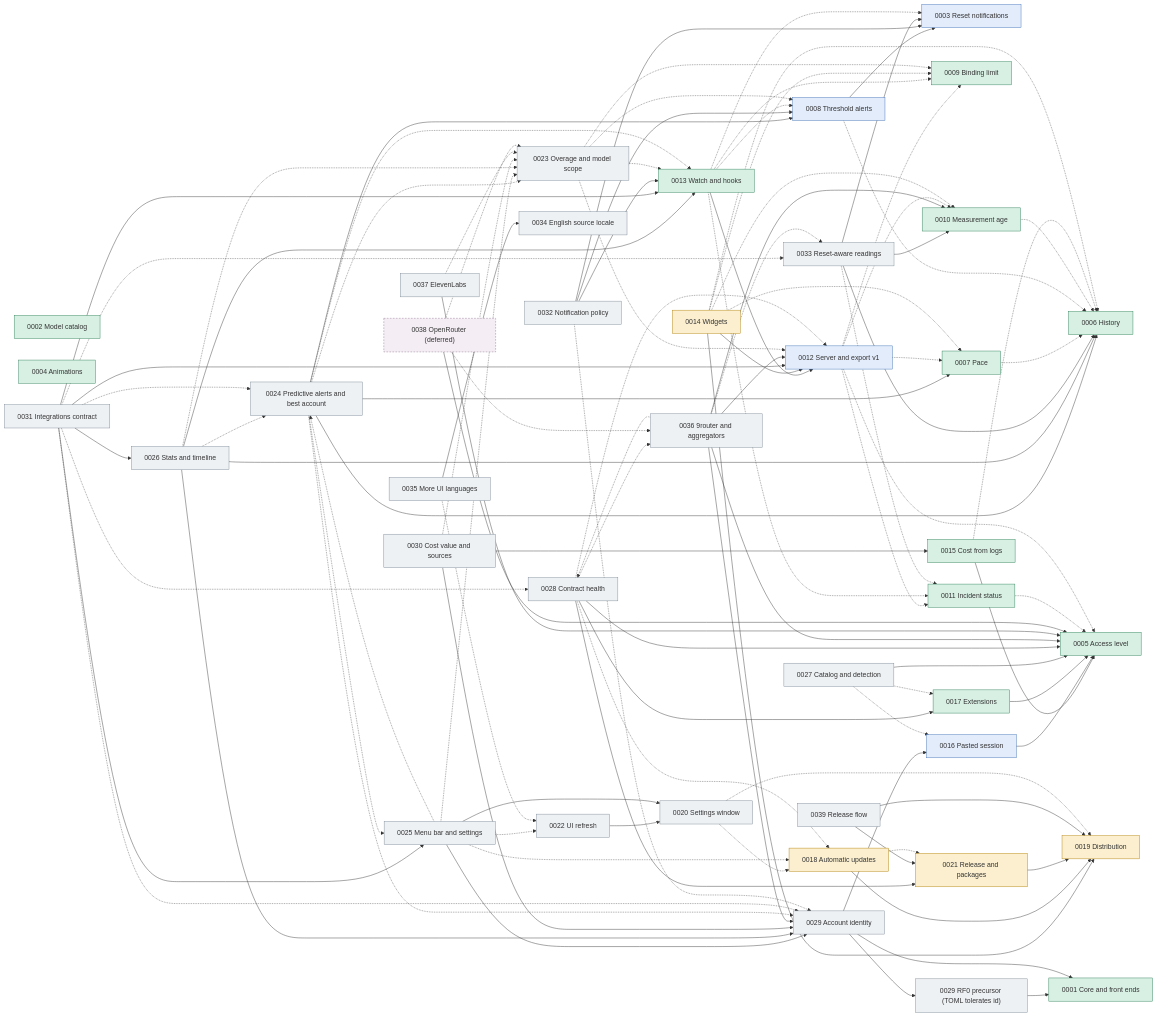
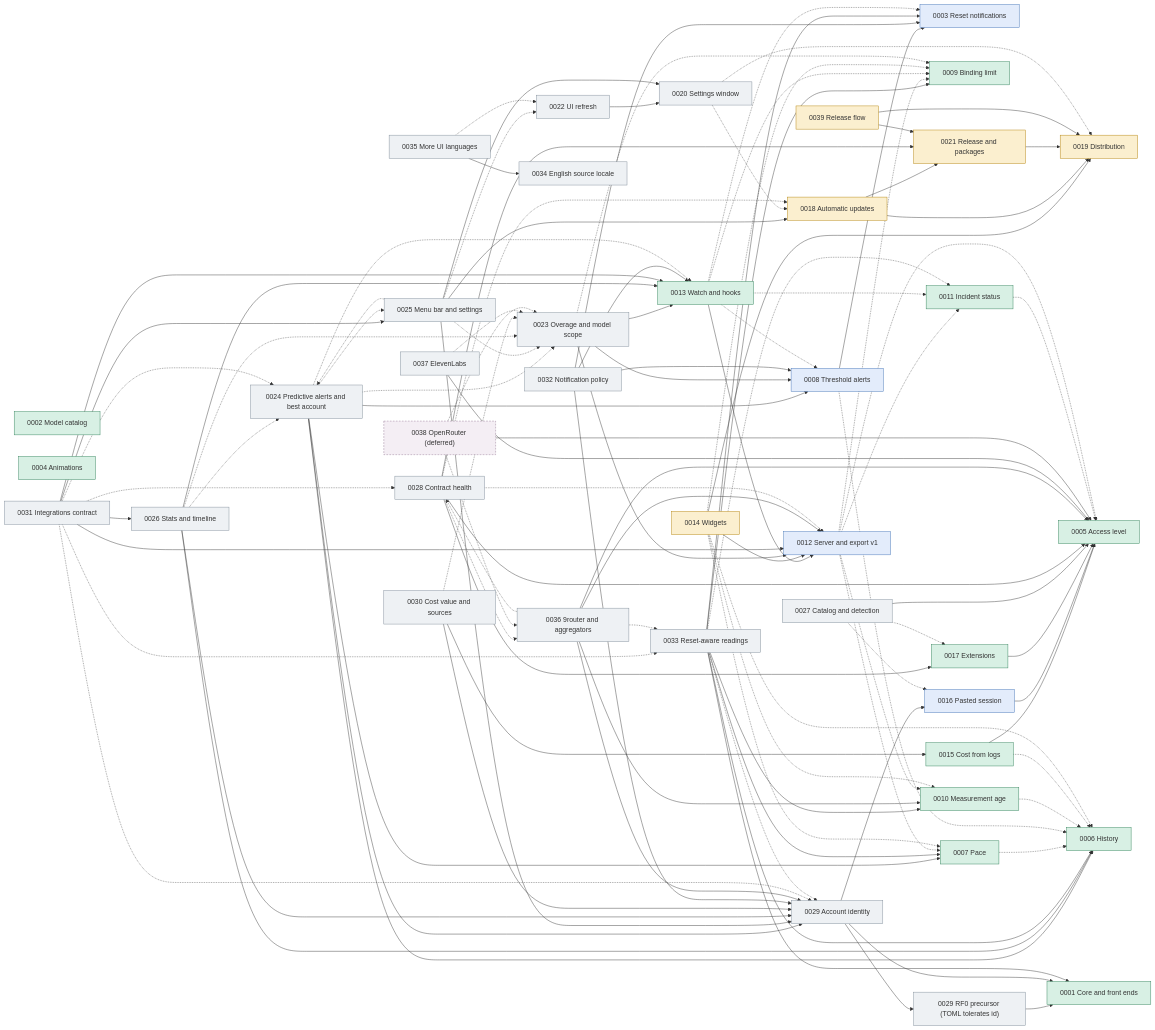
One commit to jmarcon/cuotai changed the diagram in docs/plans/0000_control.md. Above: the diagram before and after it, drawn with Mermaid. The commit also changed other lines of this file and 11 other files, not shown here.

First line of the commit message:
docs(plans): reconcile priorities and dependencies for the release-flow cutover

```diff
--- a/docs/plans/0000_control.md
+++ b/docs/plans/0000_control.md
@@ -214,7 +220,7 @@
   P36["0036 9router and aggregators"]:::todo
   P37["0037 ElevenLabs"]:::todo
   P38["0038 OpenRouter (deferred)"]:::deferred
-  P39["0039 Release flow"]:::todo
+  P39["0039 Release flow"]:::wip
 
   P8 --> P3
   P13 --> P12
@@ -224,13 +230,19 @@
   P16 --> P5
   P17 --> P5
   P18 --> P19
+  P18 --> P21
   P21 --> P19
   P24 --> P6
   P24 --> P7
   P24 --> P8
+  P24 --> P29
+  P23 --> P8
+  P23 --> P12
+  P23 --> P13
   P22 --> P20
   P25 --> P20
   P25 --> P29
+  P25 --> P18
   P26 --> P6
   P26 --> P13
   P26 --> P29
@@ -251,9 +263,13 @@
   P32 --> P3
   P32 --> P8
   P32 --> P13
+  P32 --> P29
   P33 --> P3
   P33 --> P6
   P33 --> P10
+  P33 --> P7
+  P33 --> P9
+  P33 --> P1
   P35 --> P34
   P36 --> P5
   P36 --> P10
@@ -282,21 +298,15 @@
   P14 -.-> P7
   P14 -.-> P9
   P14 -.-> P10
-  P18 -.-> P21
   P20 -.-> P18
   P20 -.-> P19
-  P23 -.-> P8
   P23 -.-> P9
-  P23 -.-> P12
-  P23 -.-> P13
   P24 -.-> P13
   P24 -.-> P23
   P24 -.-> P25
-  P24 -.-> P29
   P25 -.-> P22
   P25 -.-> P23
   P25 -.-> P24
-  P25 -.-> P18
   P26 -.-> P23
   P26 -.-> P24
   P27 -.-> P16
@@ -309,8 +319,8 @@
   P31 -.-> P28
   P31 -.-> P29
   P31 -.-> P33
-  P32 -.-> P29
   P33 -.-> P11
+  P33 -.-> P29
   P35 -.-> P22
   P36 -.-> P28
   P36 -.-> P33
```
